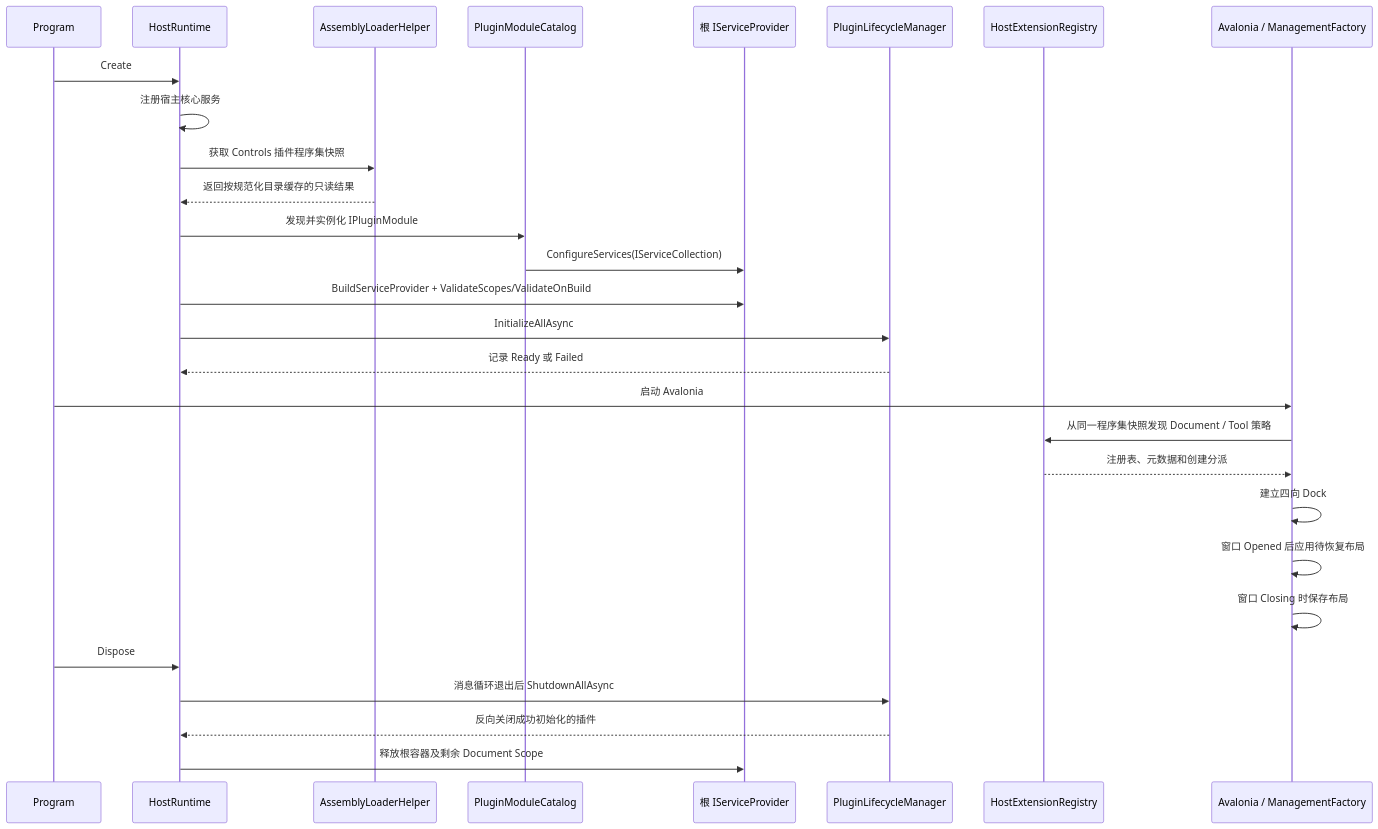
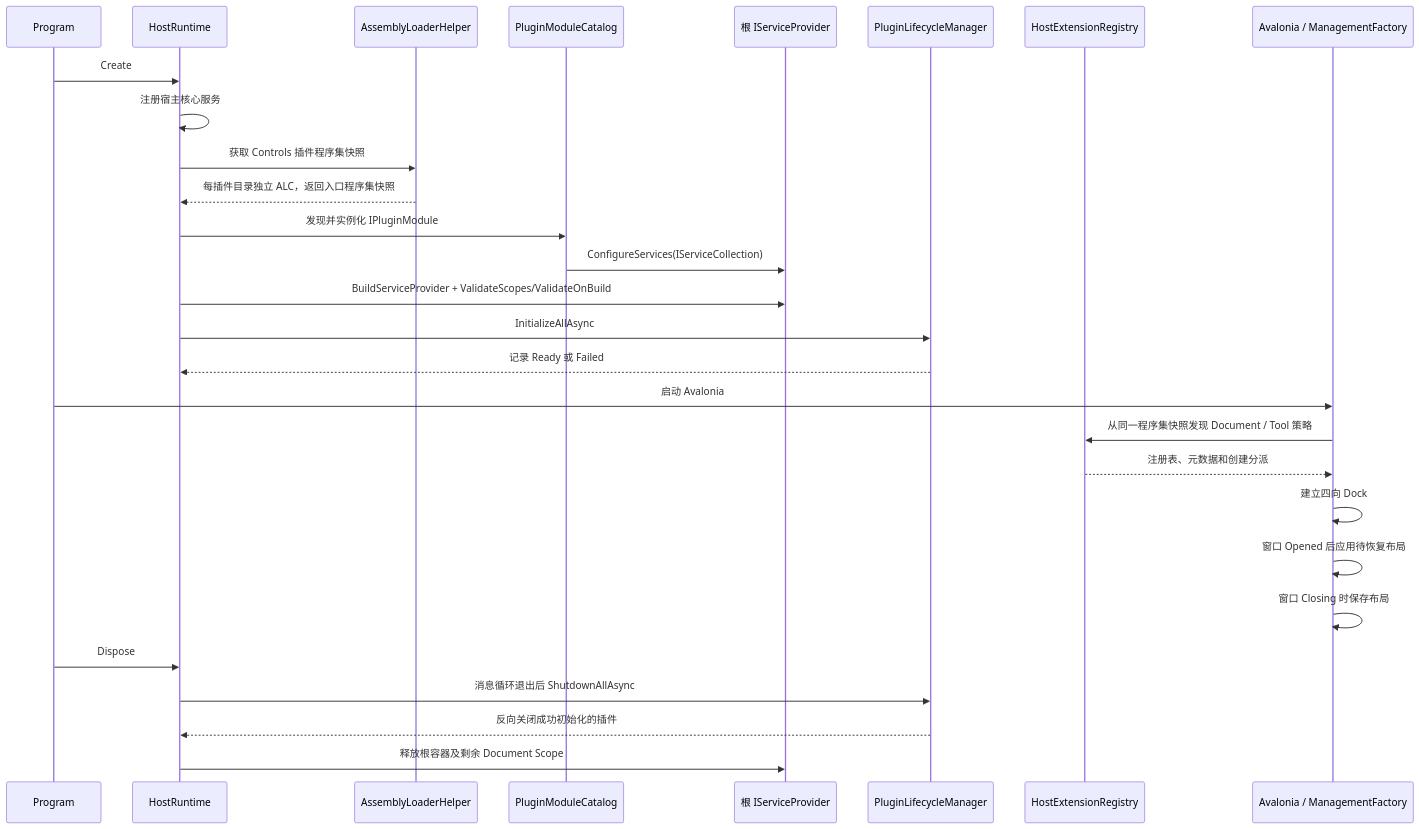
One commit to crownclowngx/avalonia_dock_simple_test changed the second of 5 diagrams in docs/host-plugin-architecture-review.md. Above: the diagram before and after it, drawn with Mermaid. The commit also changed other lines of this file and 21 other files, not shown here.

````diff
--- a/docs/host-plugin-architecture-review.md
+++ b/docs/host-plugin-architecture-review.md
@@ -63,31 +63,31 @@
 ```mermaid
 sequenceDiagram
     participant P as Program
     participant R as HostRuntime
     participant L as AssemblyLoaderHelper
     participant C as PluginModuleCatalog
     participant DI as 根 IServiceProvider
     participant LM as PluginLifecycleManager
     participant E as HostExtensionRegistry
     participant UI as Avalonia / ManagementFactory
 
     P->>R: Create
     R->>R: 注册宿主核心服务
     R->>L: 获取 Controls 插件程序集快照
-    L-->>R: 返回按规范化目录缓存的只读结果
+    L-->>R: 每插件目录独立 ALC，返回入口程序集快照
     R->>C: 发现并实例化 IPluginModule
     C->>DI: ConfigureServices(IServiceCollection)
     R->>DI: BuildServiceProvider + ValidateScopes/ValidateOnBuild
     R->>LM: InitializeAllAsync
     LM-->>R: 记录 Ready 或 Failed
     P->>UI: 启动 Avalonia
     UI->>E: 从同一程序集快照发现 Document / Tool 策略
     E-->>UI: 注册表、元数据和创建分派
     UI->>UI: 建立四向 Dock
     UI->>UI: 窗口 Opened 后应用待恢复布局
     UI->>UI: 窗口 Closing 时保存布局
     P->>R: Dispose
     R->>LM: 消息循环退出后 ShutdownAllAsync
     LM-->>R: 反向关闭成功初始化的插件
     R->>DI: 释放根容器及剩余 Document Scope
 ```
````
